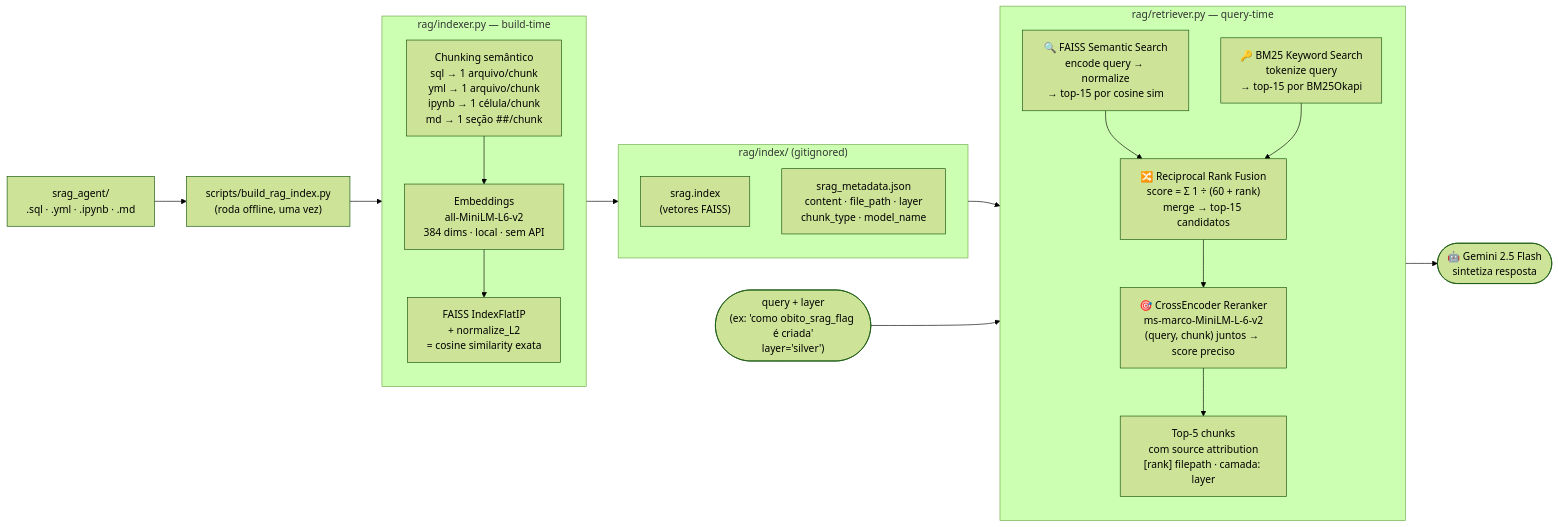
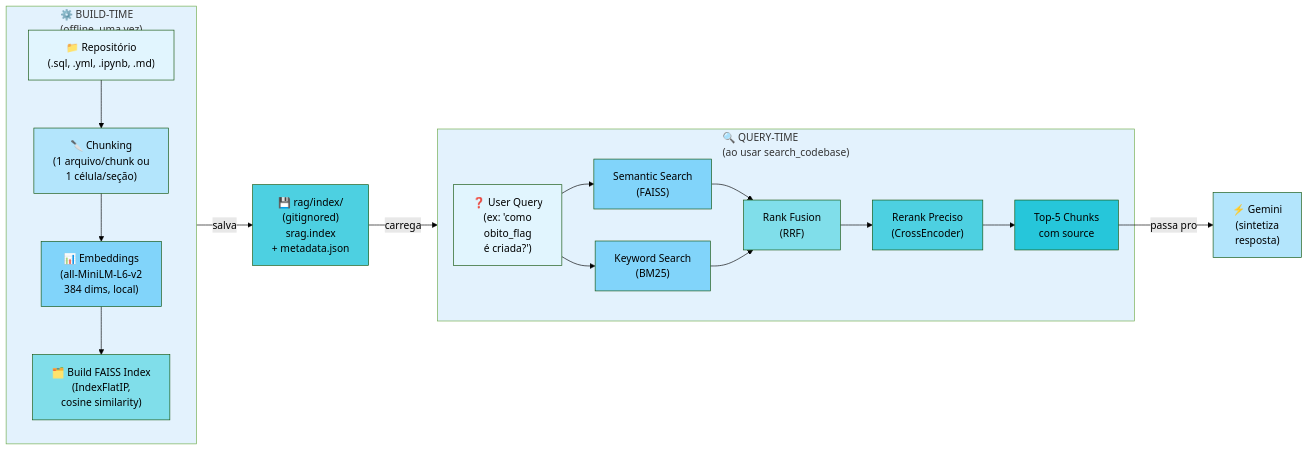
Before and after one commit to eduardo-ebdl/lupus: the second of 2 diagrams in README.md, drawn with Mermaid (forest theme). The commit also changed other lines of this file, not shown here.

Commit message:
update flowcart color

````diff
--- a/README.md
+++ b/README.md
@@ -144,43 +114,47 @@
 ```mermaid
 flowchart LR
-    SragAgent["srag_agent/\n.sql · .yml · .ipynb · .md"]
-    Script["scripts/build_rag_index.py\n(roda offline, uma vez)"]
-    SragAgent --> Script
-
-    subgraph Indexer["rag/indexer.py  —  build-time"]
-        direction TB
-        Chunk["Chunking semântico\nsql → 1 arquivo/chunk\nyml → 1 arquivo/chunk\nipynb → 1 célula/chunk\nmd → 1 seção ##/chunk"]
-        Embed["Embeddings\nall-MiniLM-L6-v2\n384 dims · local · sem API"]
-        Build["FAISS IndexFlatIP\n+ normalize_L2\n= cosine similarity exata"]
-        Chunk --> Embed --> Build
+    subgraph Build["⚙️ BUILD-TIME<br/>(offline, uma vez)"]
+        Repo["📁 Repositório<br/>(.sql, .yml, .ipynb, .md)"]
+        Chunk["🔪 Chunking<br/>(1 arquivo/chunk ou<br/>1 célula/seção)"]
+        Embed["📊 Embeddings<br/>(all-MiniLM-L6-v2<br/>384 dims, local)"]
+        Index["🗂️ Build FAISS Index<br/>(IndexFlatIP,<br/>cosine similarity)"]
+        
+        Repo --> Chunk --> Embed --> Index
     end
-
-    Script --> Indexer
-
-    subgraph Index["rag/index/  (gitignored)"]
-        direction TB
-        FI["srag.index\n(vetores FAISS)"]
-        MD["srag_metadata.json\ncontent · file_path · layer\nchunk_type · model_name"]
+    
+    Build -->|salva| Store["💾 rag/index/<br/>(gitignored)<br/>srag.index<br/>+ metadata.json"]
+    
+    subgraph Query["🔍 QUERY-TIME<br/>(ao usar search_codebase)"]
+        Input["❓ User Query<br/>(ex: 'como<br/>obito_flag<br/>é criada?')"]
+        
+        Semantic["Semantic Search<br/>(FAISS)"]
+        Keyword["Keyword Search<br/>(BM25)"]
+        Fusion["Rank Fusion<br/>(RRF)"]
+        Rerank["Rerank Preciso<br/>(CrossEncoder)"]
+        Result["Top-5 Chunks<br/>com source"]
+        
+        Input --> Semantic
+        Input --> Keyword
+        Semantic --> Fusion
+        Keyword --> Fusion
+        Fusion --> Rerank --> Result
     end
-
-    Indexer --> Index
-
-    Query(["query + layer\n(ex: 'como obito_srag_flag é criada'\nlayer='silver')"])
-
-    subgraph Retriever["rag/retriever.py  —  query-time"]
-        direction TB
-        SemanticSearch["🔍 FAISS Semantic Search\nencode query → normalize\n→ top-15 por cosine sim"]
-        KeywordSearch["🔑 BM25 Keyword Search\ntokenize query\n→ top-15 por BM25Okapi"]
-        RRF["🔀 Reciprocal Rank Fusion\nscore = Σ 1 ÷ (60 + rank)\nmerge → top-15 candidatos"]
-        Reranker["🎯 CrossEncoder Reranker\nms-marco-MiniLM-L-6-v2\n(query, chunk) juntos → score preciso"]
-        Top5["Top-5 chunks\ncom source attribution\n[rank] filepath · camada: layer"]
-        SemanticSearch --> RRF
-        KeywordSearch --> RRF
-        RRF --> Reranker
-        Reranker --> Top5
-    end
-
-    Index --> Retriever
-    Query --> Retriever
-    Top5 --> Agent(["🤖 Gemini 2.5 Flash\nsintetiza resposta"])
+    
+    Store -->|carrega| Query
+    Result -->|passa pro| LLM["⚡ Gemini<br/>(sintetiza<br/>resposta)"]
+    
+    style Build fill:#e3f2fd
+    style Repo fill:#e1f5fe
+    style Chunk fill:#b3e5fc
+    style Embed fill:#81d4fa
+    style Index fill:#80deea
+    style Store fill:#4dd0e1
+    style Query fill:#e3f2fd
+    style Input fill:#e1f5fe
+    style Semantic fill:#81d4fa
+    style Keyword fill:#81d4fa
+    style Fusion fill:#80deea
+    style Rerank fill:#4dd0e1
+    style Result fill:#26c6da
+    style LLM fill:#b3e5fc
 ```
````
